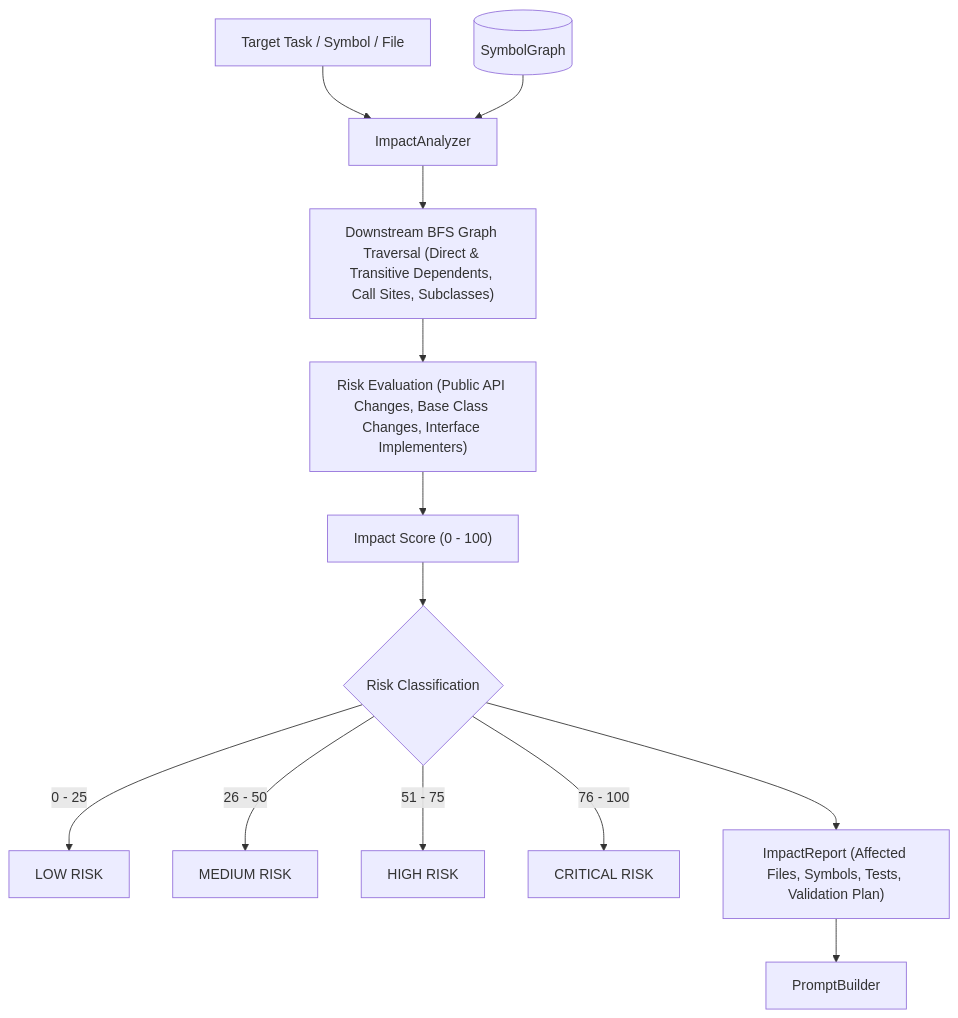
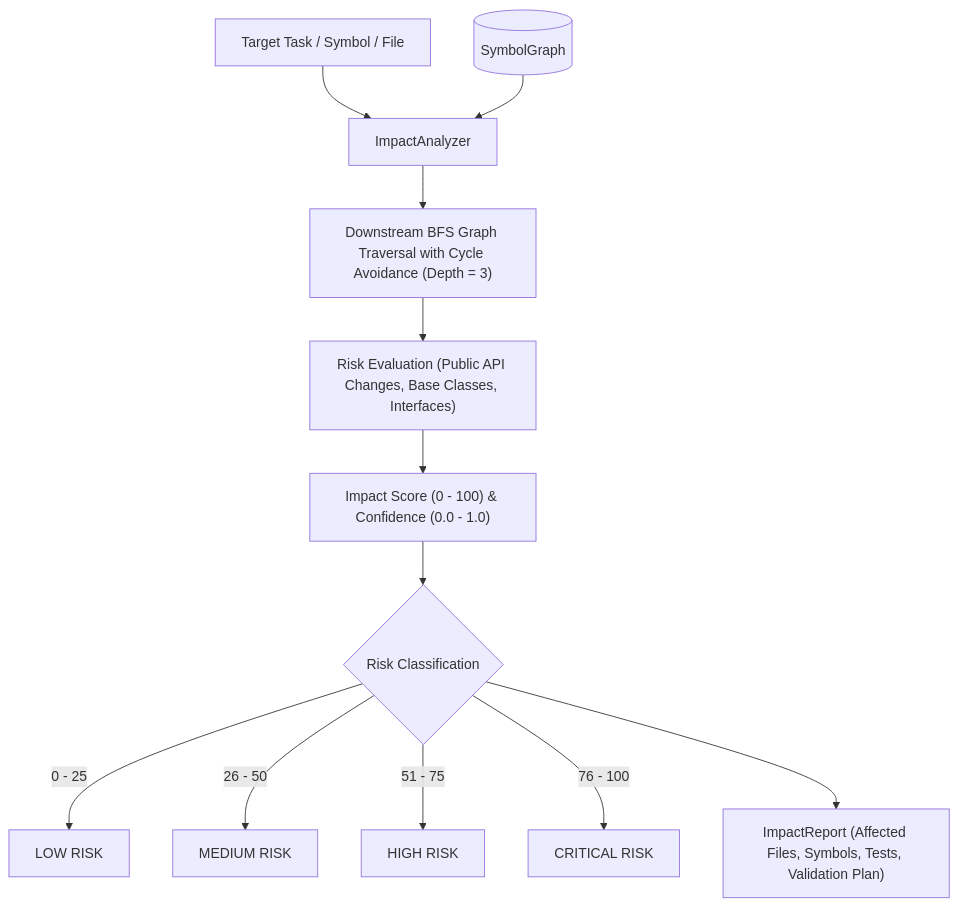
The sixth of 6 diagrams in README.md (legion0069/AutoDev-Agent), drawn with Mermaid before and after one commit. The commit also changed other lines of this file and 18 other files, not shown here.

````diff
--- a/README.md
+++ b/README.md
@@ -98,15 +438,14 @@
 ```mermaid
 flowchart TD
     Target["Target Task / Symbol / File"] --> IA["ImpactAnalyzer"]
     Graph[("SymbolGraph")] --> IA
-    IA --> Traverse["Downstream BFS Graph Traversal (Direct & Transitive Dependents, Call Sites, Subclasses)"]
-    Traverse --> RiskEval["Risk Evaluation (Public API Changes, Base Class Changes, Interface Implementers)"]
-    RiskEval --> Score["Impact Score (0 - 100)"]
+    IA --> Traverse["Downstream BFS Graph Traversal with Cycle Avoidance (Depth = 3)"]
+    Traverse --> RiskEval["Risk Evaluation (Public API Changes, Base Classes, Interfaces)"]
+    RiskEval --> Score["Impact Score (0 - 100) & Confidence (0.0 - 1.0)"]
     Score --> Classification{"Risk Classification"}
     Classification --> |"0 - 25"| Low["LOW RISK"]
     Classification --> |"26 - 50"| Med["MEDIUM RISK"]
     Classification --> |"51 - 75"| High["HIGH RISK"]
     Classification --> |"76 - 100"| Crit["CRITICAL RISK"]
     Classification --> Report["ImpactReport (Affected Files, Symbols, Tests, Validation Plan)"]
-    Report --> PB["PromptBuilder"]
 ```
````
